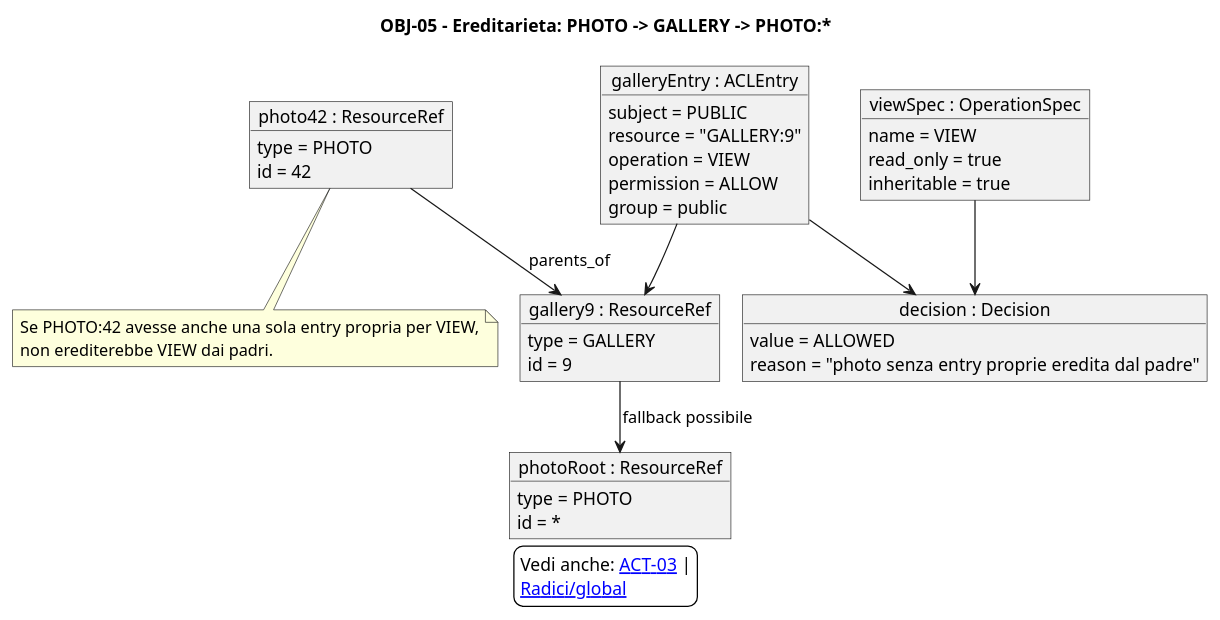
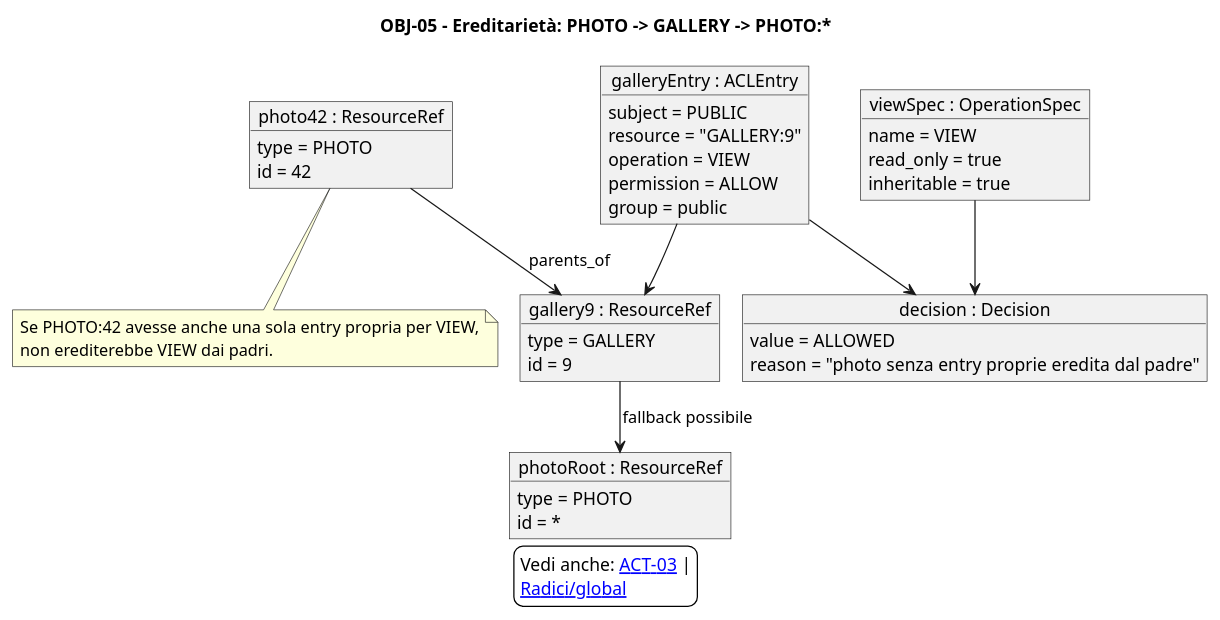
Before and after one commit to antlampas/ACL: the diagram in design/oggetti/05_ereditarieta_photo_gallery.puml, drawn with PlantUML. The commit also changed 38 other files, not shown here.

Commit message:
docs: corretti testi e diagrammi UML

```diff
--- a/design/oggetti/05_ereditarieta_photo_gallery.puml
+++ b/design/oggetti/05_ereditarieta_photo_gallery.puml
@@ -1,64 +1,64 @@
 @startuml 05_ereditarieta_photo_gallery
 ' Title: Sistema ACL - 05_ereditarieta_photo_gallery
 ' Author/Licensor: Francesco
 ' Source: this repository
 ' License: Creative Commons Attribution-ShareAlike 4.0 International
 ' License URL: https://creativecommons.org/licenses/by-sa/4.0/
 ' SPDX-License-Identifier: CC-BY-SA-4.0
 !pragma layout smetana
 skinparam backgroundColor white
 skinparam nodesep 80
 skinparam ranksep 80
-title OBJ-05 - Ereditarieta: PHOTO -> GALLERY -> PHOTO:*
+title OBJ-05 - Ereditarietà: PHOTO -> GALLERY -> PHOTO:*
 skinparam shadowing false
 
 object "photo42 : ResourceRef" as Photo {
   type = PHOTO
   id = 42
 }
 
 object "gallery9 : ResourceRef" as Gallery {
   type = GALLERY
   id = 9
 }
 
 object "photoRoot : ResourceRef" as PhotoRoot {
   type = PHOTO
   id = *
 }
 
 object "galleryEntry : ACLEntry" as GalleryEntry {
   subject = PUBLIC
   resource = "GALLERY:9"
   operation = VIEW
   permission = ALLOW
   group = public
 }
 
 object "viewSpec : OperationSpec" as ViewSpec {
   name = VIEW
   read_only = true
   inheritable = true
 }
 
 object "decision : Decision" as Decision {
   value = ALLOWED
   reason = "photo senza entry proprie eredita dal padre"
 }
 
 Photo --> Gallery : parents_of
 Gallery --> PhotoRoot : fallback possibile
 GalleryEntry --> Gallery
 ViewSpec --> Decision
 GalleryEntry --> Decision
 
 note bottom of Photo
   Se PHOTO:42 avesse anche una sola entry propria per VIEW,
   non erediterebbe VIEW dai padri.
 end note
 
 legend
   Vedi anche: [[../attivit%C3%A0/03_ereditarieta_multi_padre.puml ACT-03]] |
   [[06_radici_tipo_e_global.puml Radici/global]]
 endlegend
 @enduml
```
